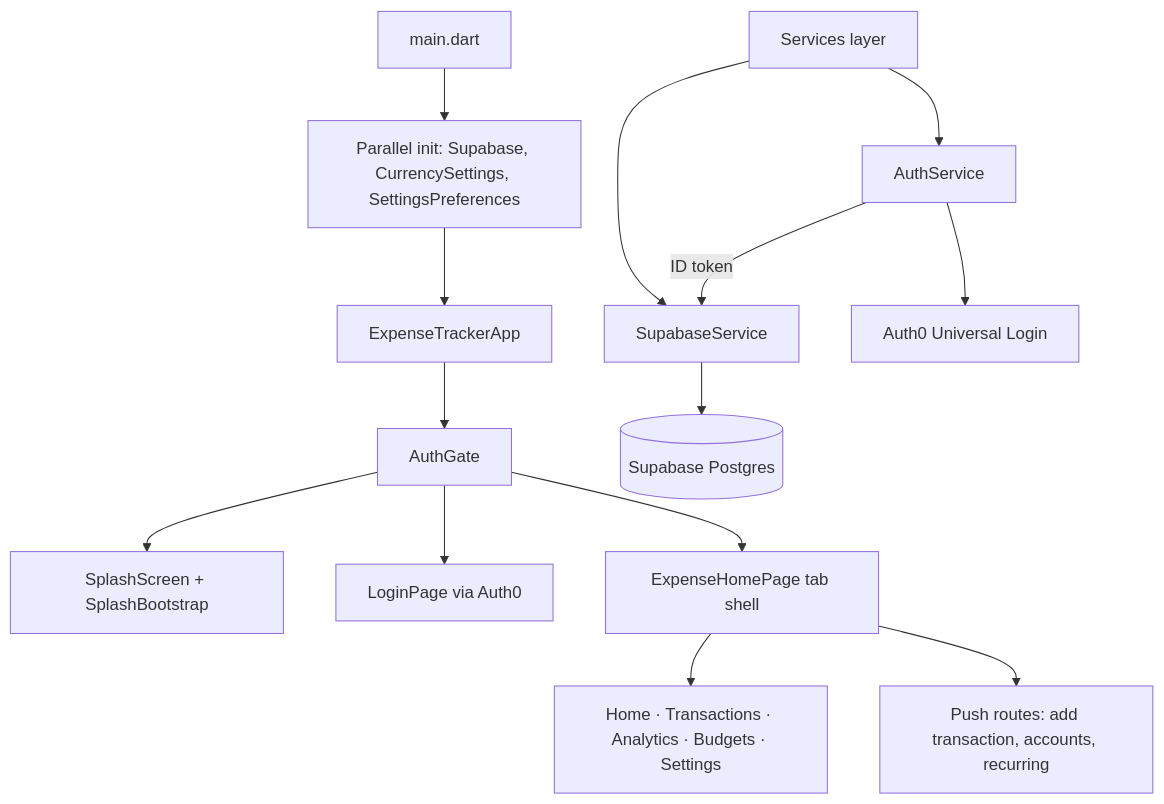
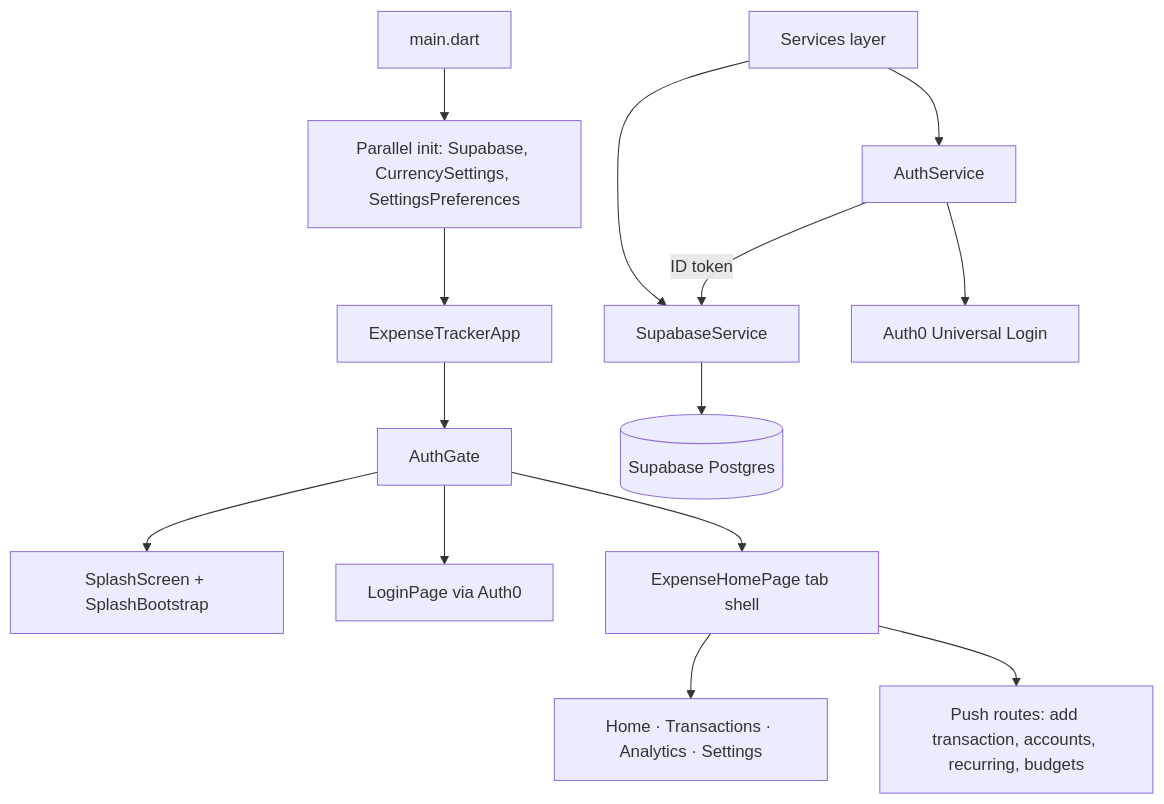
One commit to shubhamambastha/expense_tracker_app changed the diagram in docs/ARCHITECTURE.md. Above: the diagram before and after it, drawn with Mermaid. The commit also changed 8 other files, not shown here.

````diff
--- a/docs/ARCHITECTURE.md
+++ b/docs/ARCHITECTURE.md
@@ -13,16 +13,16 @@
 ```mermaid
 flowchart TD
   main[main.dart] --> init[Parallel init: Supabase, CurrencySettings, SettingsPreferences]
   init --> app[ExpenseTrackerApp]
   app --> gate[AuthGate]
   gate --> splash[SplashScreen + SplashBootstrap]
   gate --> login[LoginPage via Auth0]
   gate --> home[ExpenseHomePage tab shell]
-  home --> tabs[Home · Transactions · Analytics · Budgets · Settings]
-  home --> push[Push routes: add transaction, accounts, recurring]
+  home --> tabs[Home · Transactions · Analytics · Settings]
+  home --> push[Push routes: add transaction, accounts, recurring, budgets]
   services[Services layer] --> supa[SupabaseService]
   services --> auth[AuthService]
   supa --> db[(Supabase Postgres)]
   auth --> auth0[Auth0 Universal Login]
   auth -->|ID token| supa
 ```
````
